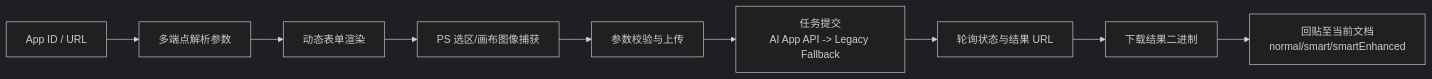
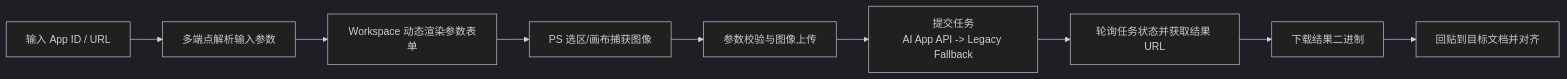
Before and after one commit to XIAOTsune/PixelRunner: the first of 2 diagrams in README.md, drawn with Mermaid (dark theme). The commit also changed other lines of this file and 20 other files, not shown here.

````diff
--- a/README.md
+++ b/README.md
@@ -106,11 +62,11 @@
 ```mermaid
 flowchart LR
-  A[App ID / URL] --> B[多端点解析参数]
-  B --> C[动态表单渲染]
-  C --> D[PS 选区/画布图像捕获]
-  D --> E[参数校验与上传]
-  E --> F[任务提交\nAI App API -> Legacy Fallback]
-  F --> G[轮询状态与结果 URL]
+  A[输入 App ID / URL] --> B[多端点解析输入参数]
+  B --> C[Workspace 动态渲染参数表单]
+  C --> D[PS 选区/画布捕获图像]
+  D --> E[参数校验与图像上传]
+  E --> F[提交任务<br/>AI App API -> Legacy Fallback]
+  F --> G[轮询任务状态并获取结果 URL]
   G --> H[下载结果二进制]
-  H --> I[回贴至当前文档\nnormal/smart/smartEnhanced]
+  H --> I[回贴到目标文档并对齐]
 ```
````
